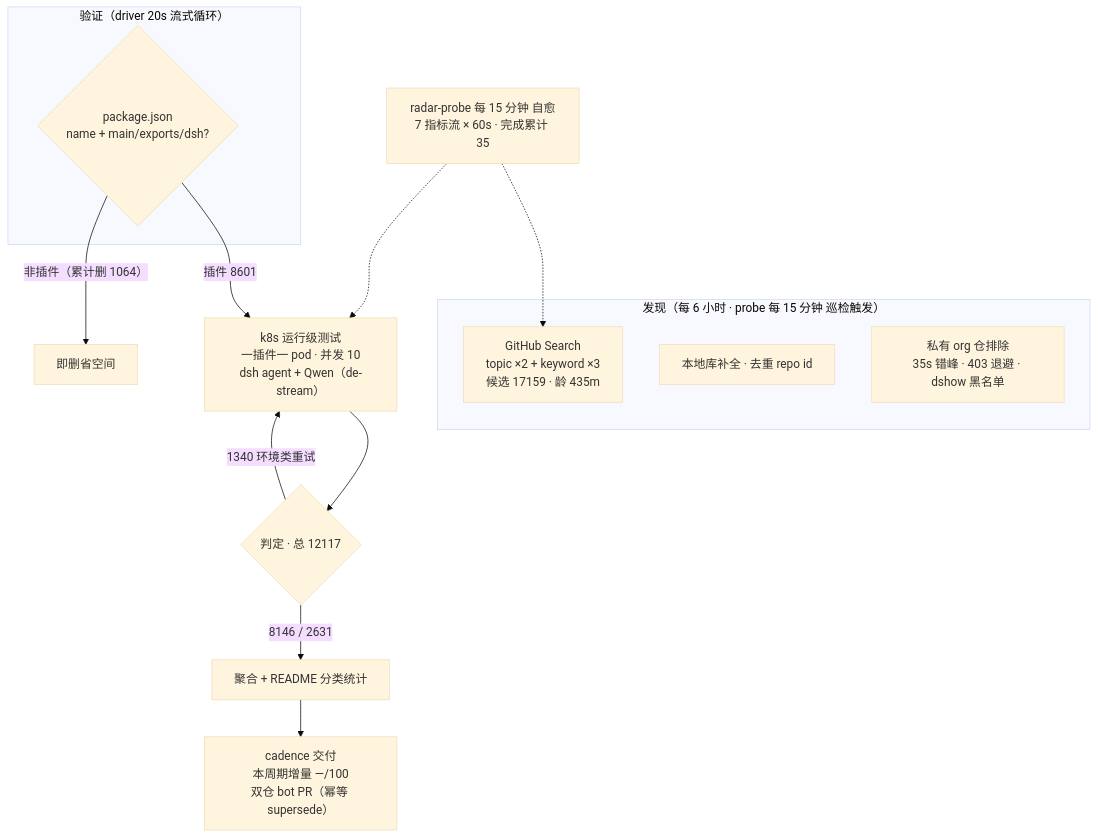
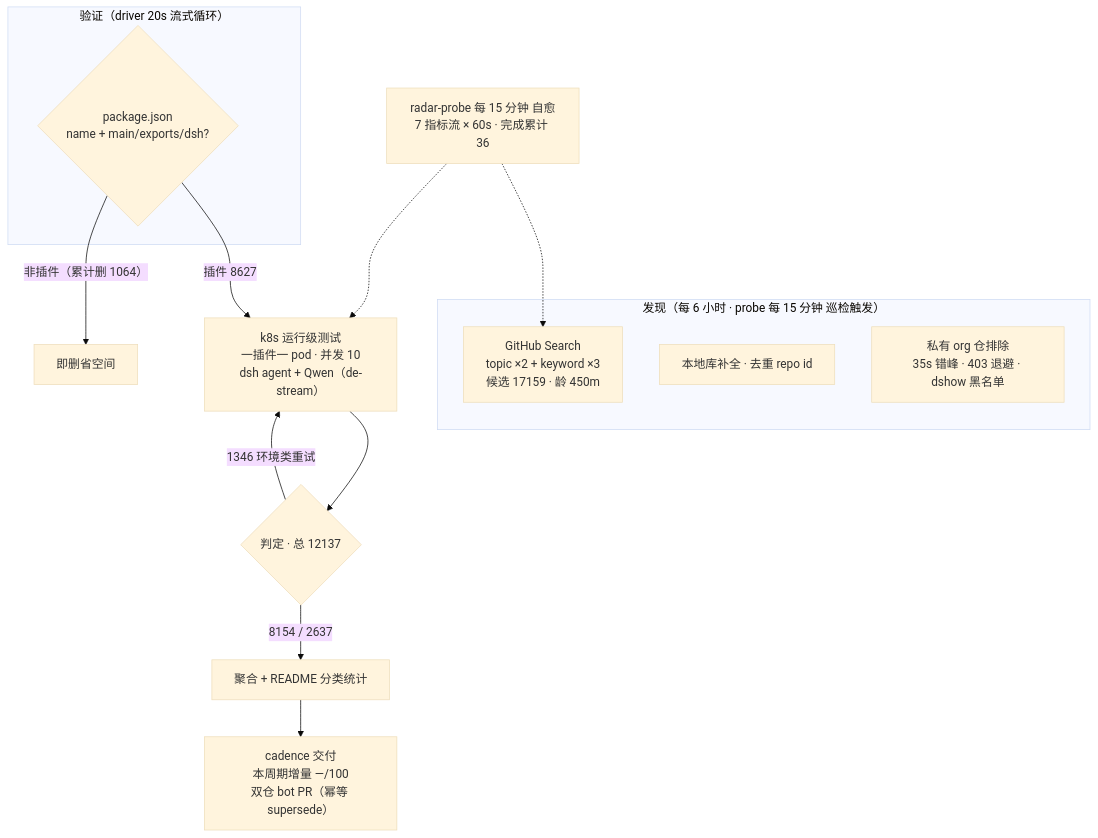
One commit to Zhidao-Lab-OSS/awesome-dsh-plugins changed the diagram in README.md. Above: the diagram before and after it, drawn with Mermaid (base theme). The commit also changed other lines of this file and 1 other file, not shown here.

````diff
--- a/README.md
+++ b/README.md
@@ -52,20 +52,20 @@
 ```mermaid
 flowchart TB
     subgraph Discovery["发现（每 6 小时 · probe 每 15 分钟 巡检触发）"]
-        A1["GitHub Search<br/>topic ×2 + keyword ×3<br/>候选 17159 · 龄 435m"]
+        A1["GitHub Search<br/>topic ×2 + keyword ×3<br/>候选 17159 · 龄 450m"]
         A2["本地库补全 · 去重 repo id"]
         A3["私有 org 仓排除<br/>35s 错峰 · 403 退避 · dshow 黑名单"]
     end
     subgraph Validation["验证（driver 20s 流式循环）"]
         B1{"package.json<br/>name + main/exports/dsh?"}
     end
-    B1 -->|"插件 8601"| C1["k8s 运行级测试<br/>一插件一 pod · 并发 10<br/>dsh agent + Qwen（de-stream）"]
+    B1 -->|"插件 8627"| C1["k8s 运行级测试<br/>一插件一 pod · 并发 10<br/>dsh agent + Qwen（de-stream）"]
     B1 -->|"非插件（累计删 1064）"| B3["即删省空间"]
-    C1 --> D1{"判定 · 总 12117"}
-    D1 -->|"8146 / 2631"| E1["聚合 + README 分类统计"]
-    D1 -->|"1340 环境类重试"| C1
+    C1 --> D1{"判定 · 总 12137"}
+    D1 -->|"8154 / 2637"| E1["聚合 + README 分类统计"]
+    D1 -->|"1346 环境类重试"| C1
     E1 --> E2["cadence 交付<br/>本周期增量 —/100<br/>双仓 bot PR（幂等 supersede）"]
-    M["radar-probe 每 15 分钟 自愈<br/>7 指标流 × 60s · 完成累计 35"]
+    M["radar-probe 每 15 分钟 自愈<br/>7 指标流 × 60s · 完成累计 36"]
     M -.-> A1
     M -.-> C1
 ```
````
